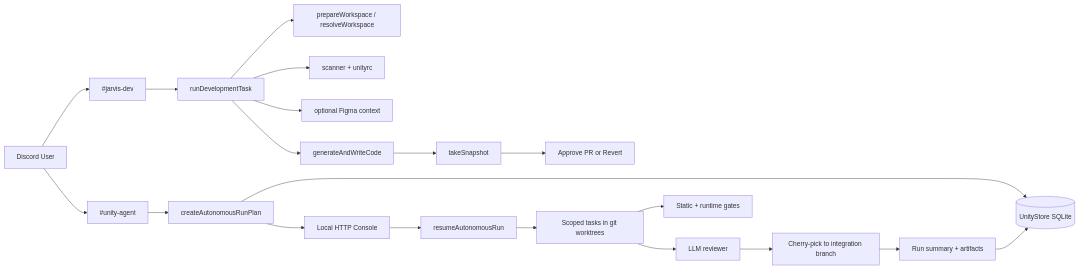
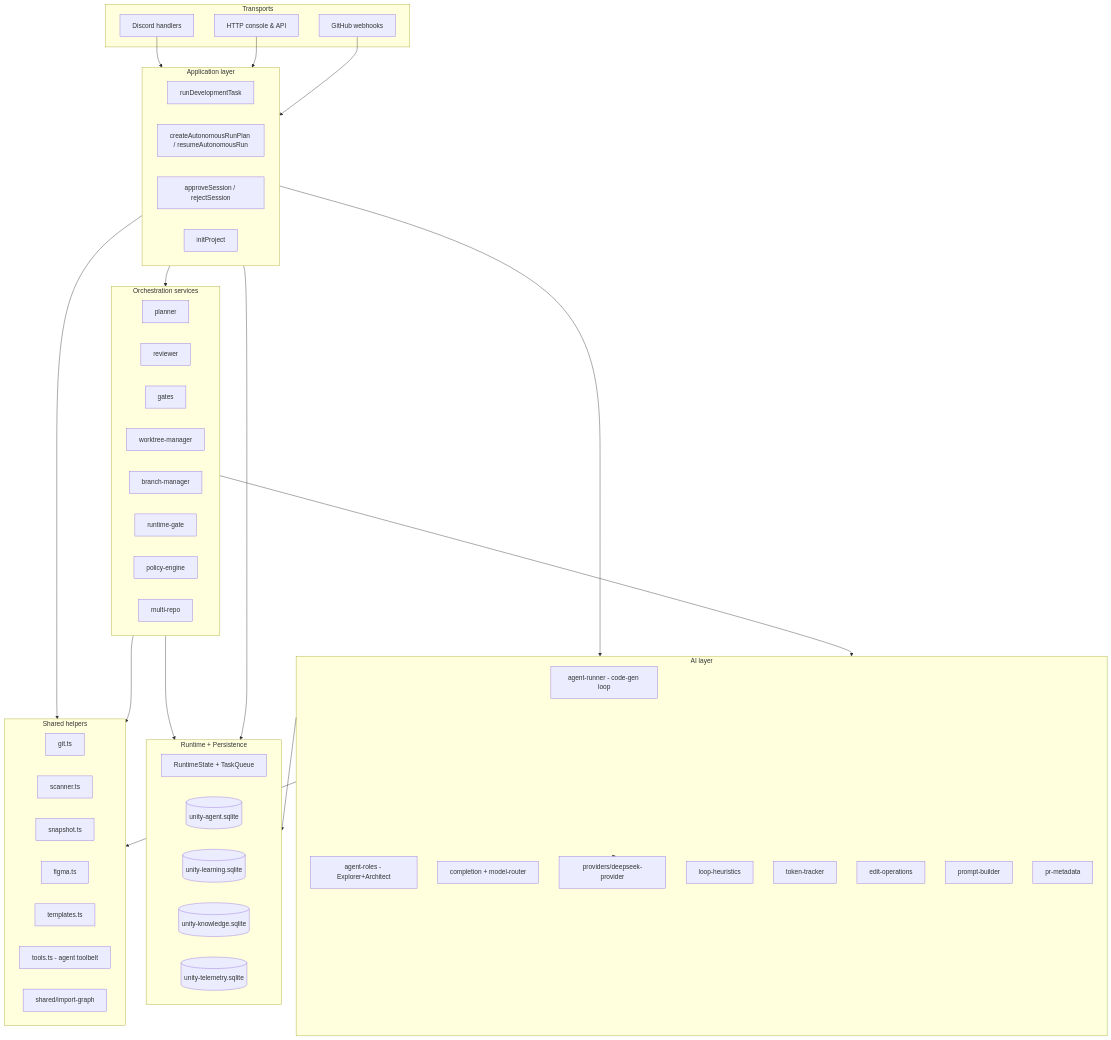
One commit to omarcarrascoo/JAVISV1 changed the diagram in README.md. Above: the diagram before and after it, drawn with Mermaid. The commit also changed other lines of this file, not shown here.

````diff
--- a/README.md
+++ b/README.md
@@ -28,24 +106,70 @@
 ```mermaid
-flowchart LR
-    User[Discord User] --> Manual[#jarvis-dev]
-    User --> Auto[#unity-agent]
+flowchart TB
+  subgraph TRANSPORT[Transports]
+    DIS[Discord handlers]
+    HTTP[HTTP console & API]
+    WH[GitHub webhooks]
+  end
 
-    Manual --> MD[runDevelopmentTask]
-    MD --> WS1[prepareWorkspace / resolveWorkspace]
-    MD --> Scan1[scanner + unityrc]
-    MD --> Figma1[optional Figma context]
-    MD --> Agent1[generateAndWriteCode]
-    Agent1 --> Snapshot[takeSnapshot]
-    Snapshot --> Review1[Approve PR or Revert]
+  subgraph APP[Application layer]
+    RDT[runDevelopmentTask]
+    RAA[createAutonomousRunPlan / resumeAutonomousRun]
+    APV[approveSession / rejectSession]
+    INIT[initProject]
+  end
 
-    Auto --> Plan[createAutonomousRunPlan]
-    Plan --> Store[(UnityStore SQLite)]
-    Plan --> Console[Local HTTP Console]
-    Console --> Resume[resumeAutonomousRun]
-    Resume --> Tasks[Scoped tasks in git worktrees]
-    Tasks --> Gates[Static + runtime gates]
-    Tasks --> Reviewer[LLM reviewer]
-    Reviewer --> Integrate[Cherry-pick to integration branch]
-    Integrate --> Summary[Run summary + artifacts]
-    Summary --> Store
+  subgraph ORCH[Orchestration services]
+    PL[planner]
+    RV[reviewer]
+    GT[gates]
+    WT[worktree-manager]
+    BR[branch-manager]
+    RG[runtime-gate]
+    PE[policy-engine]
+    MR[multi-repo]
+  end
+
+  subgraph AI[AI layer]
+    CR[agent-runner - code-gen loop]
+    AR[agent-roles - Explorer+Architect]
+    CP[completion + model-router]
+    PROV[providers/deepseek-provider]
+    LH[loop-heuristics]
+    TT[token-tracker]
+    EO[edit-operations]
+    PB[prompt-builder]
+    PRM[pr-metadata]
+  end
+
+  subgraph STATE[Runtime + Persistence]
+    RS[RuntimeState + TaskQueue]
+    US[(unity-agent.sqlite)]
+    LS[(unity-learning.sqlite)]
+    KG[(unity-knowledge.sqlite)]
+    TS[(unity-telemetry.sqlite)]
+  end
+
+  subgraph TOOLS[Shared helpers]
+    GIT[git.ts]
+    SCAN[scanner.ts]
+    SNAP[snapshot.ts]
+    FIG[figma.ts]
+    TPL[templates.ts]
+    TLS[tools.ts - agent toolbelt]
+    IG[shared/import-graph]
+  end
+
+  DIS --> APP
+  HTTP --> APP
+  WH --> APP
+  APP --> ORCH
+  APP --> AI
+  AI --> PROV
+  ORCH --> AI
+  ORCH --> STATE
+  AI --> STATE
+  APP --> STATE
+  APP --> TOOLS
+  AI --> TOOLS
+  ORCH --> TOOLS
 ```
````
